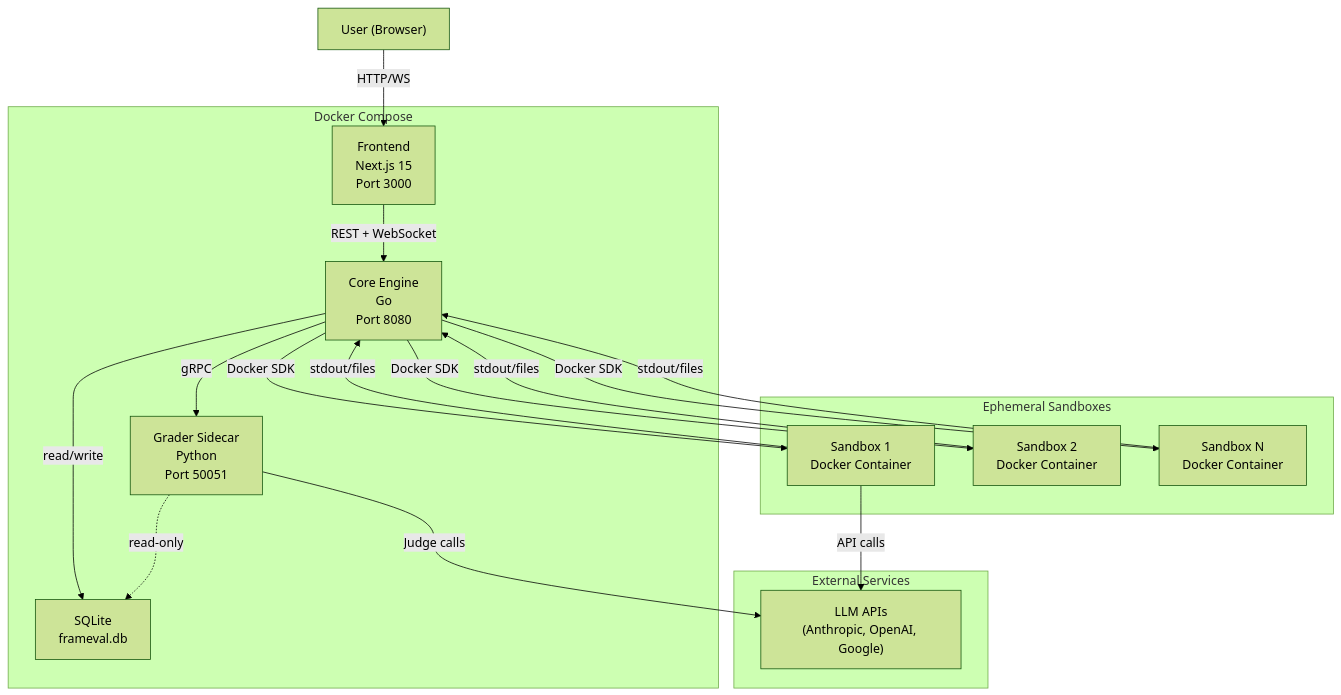
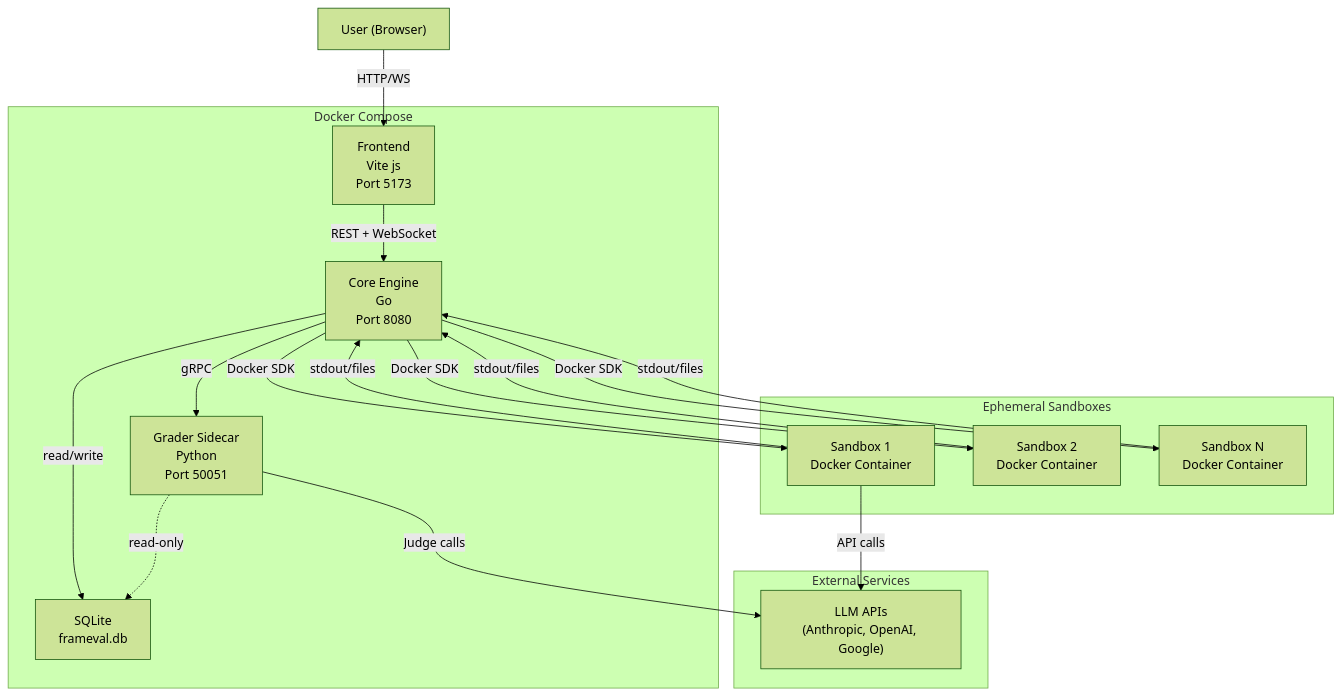
One commit to sgunes16/Frameval changed the second of 8 diagrams in docs/SRS.md. Above: the diagram before and after it, drawn with Mermaid (forest theme). The commit also changed other lines of this file and 4 other files, not shown here.

Commit message:
Update documentation to reflect transition from Next.js to Vite + React for the frontend, including changes in file structure and routing configuration.

````diff
--- a/docs/SRS.md
+++ b/docs/SRS.md
@@ -164,38 +164,38 @@
 ```mermaid
 graph TB
     User["User (Browser)"]
 
     subgraph compose [Docker Compose]
-        Frontend["Frontend<br/>Next.js 15<br/>Port 3000"]
+        Frontend["Frontend<br/>Vite js<br/>Port 5173"]
         Engine["Core Engine<br/>Go<br/>Port 8080"]
         Grader["Grader Sidecar<br/>Python<br/>Port 50051"]
         DB["SQLite<br/>frameval.db"]
 
         Frontend -->|"REST + WebSocket"| Engine
         Engine -->|"gRPC"| Grader
         Engine -->|"read/write"| DB
         Grader -.->|"read-only"| DB
     end
 
     subgraph sandboxes [Ephemeral Sandboxes]
         S1["Sandbox 1<br/>Docker Container"]
         S2["Sandbox 2<br/>Docker Container"]
         S3["Sandbox N<br/>Docker Container"]
     end
 
     User -->|"HTTP/WS"| Frontend
     Engine -->|"Docker SDK"| S1
     Engine -->|"Docker SDK"| S2
     Engine -->|"Docker SDK"| S3
 
     S1 -->|"stdout/files"| Engine
     S2 -->|"stdout/files"| Engine
     S3 -->|"stdout/files"| Engine
 
     subgraph external [External Services]
         LLM_API["LLM APIs<br/>(Anthropic, OpenAI, Google)"]
     end
 
     S1 -->|"API calls"| LLM_API
     Grader -->|"Judge calls"| LLM_API
 ```
````
